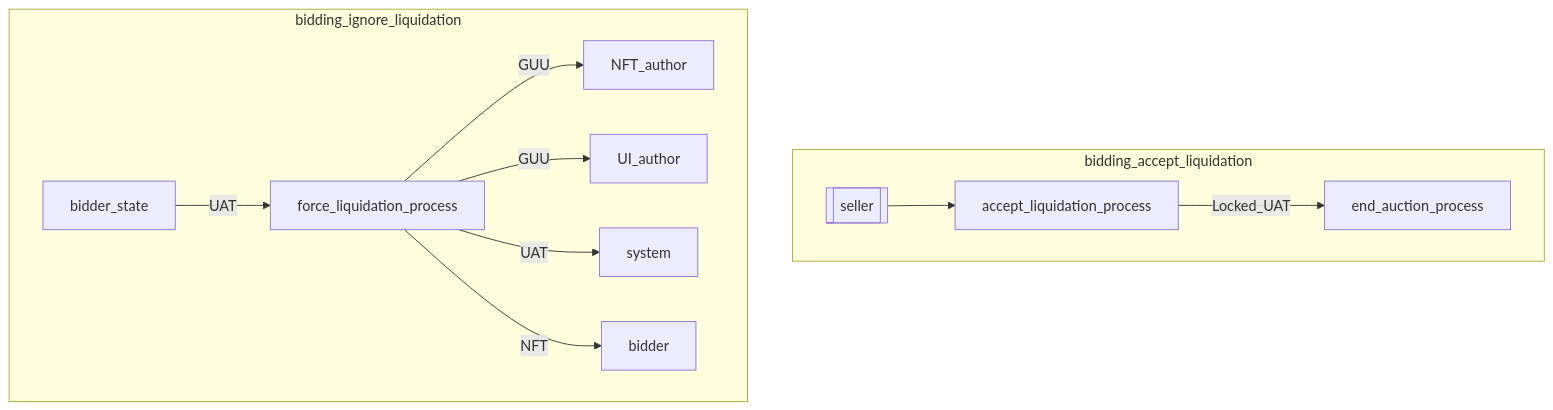
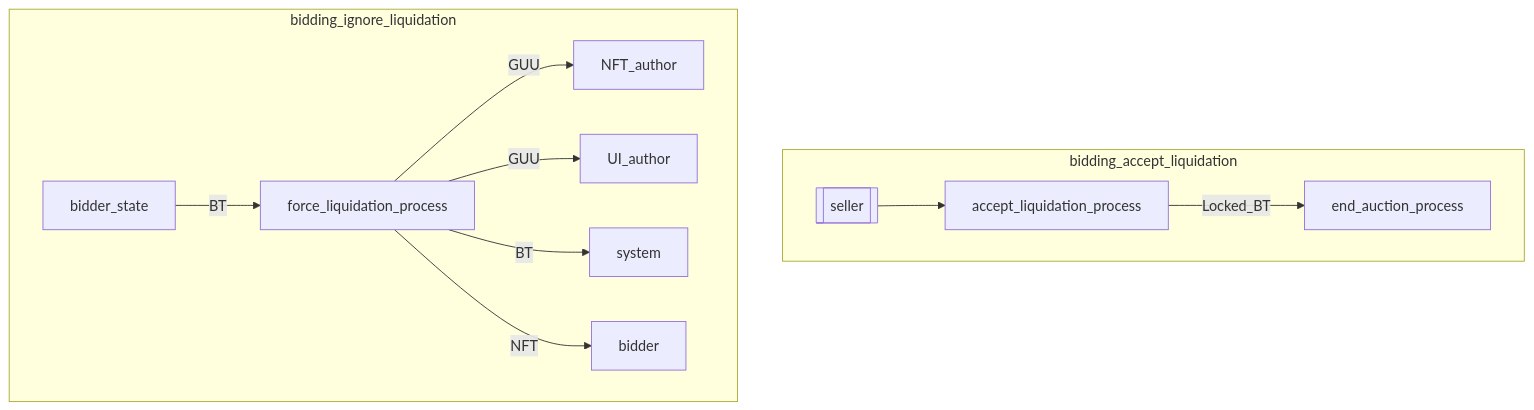
The fifth of 7 diagrams in x/nftmarket/spec/03_auction_state.md (UnUniFi/chain), drawn with Mermaid before and after one commit. The commit also changed other lines of this file, not shown here.

Commit message:
feat: change token unit uat to bt

````diff
--- a/x/nftmarket/spec/03_auction_state.md
+++ b/x/nftmarket/spec/03_auction_state.md
@@ -104,17 +104,17 @@
 ```mermaid
 flowchart TD
 subgraph bidding_accept_liquidation
 	seller3[[seller]]
 
 	seller3 --> accept_liquidation_process
-	accept_liquidation_process--Locked_UAT--> end_auction_process
+	accept_liquidation_process--Locked_BT--> end_auction_process
 end
 
 subgraph bidding_ignore_liquidation
-	bidder_state--UAT--> force_liquidation_process 
+	bidder_state--BT--> force_liquidation_process 
 	force_liquidation_process --GUU--> NFT_author
 	force_liquidation_process --GUU--> UI_author
-	force_liquidation_process --UAT--> system
+	force_liquidation_process --BT--> system
 	force_liquidation_process --NFT--> bidder
 end
 ```
````
